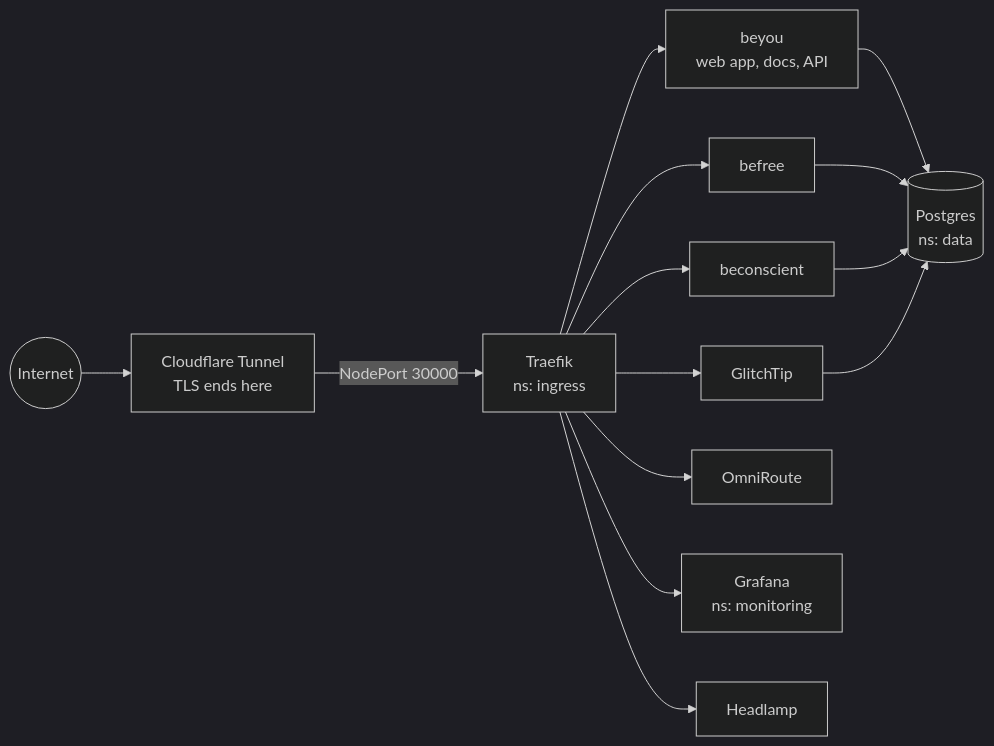
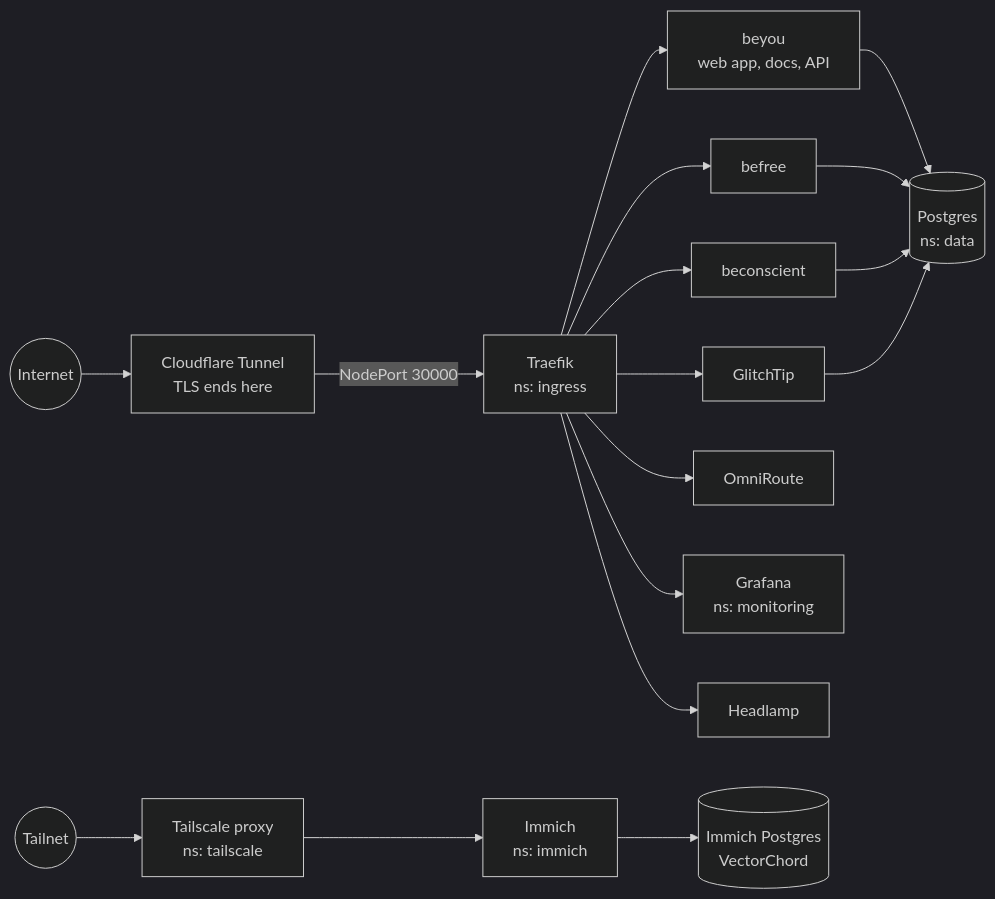
Before and after one commit to AndDev741/be-infra: the diagram in README.md, drawn with Mermaid (dark theme). The commit also changed other lines of this file and 17 other files, not shown here.

First line of the commit message:
Add Immich behind the Tailscale operator

````diff
--- a/README.md
+++ b/README.md
@@ -23,16 +23,19 @@
 ```mermaid
 flowchart LR
     internet((Internet)) --> cf["Cloudflare Tunnel<br/>TLS ends here"]
     cf -- "NodePort 30000" --> traefik["Traefik<br/>ns: ingress"]
     traefik --> beyou["beyou<br/>web app, docs, API"]
     traefik --> befree[befree]
     traefik --> beconscient[beconscient]
     traefik --> glitchtip[GlitchTip]
     traefik --> omniroute[OmniRoute]
     traefik --> grafana["Grafana<br/>ns: monitoring"]
     traefik --> headlamp[Headlamp]
     beyou --> pg[("Postgres<br/>ns: data")]
     befree --> pg
     beconscient --> pg
     glitchtip --> pg
+    tailnet((Tailnet)) --> tsproxy["Tailscale proxy<br/>ns: tailscale"]
+    tsproxy --> immich["Immich<br/>ns: immich"]
+    immich --> ipg[("Immich Postgres<br/>VectorChord")]
 ```
````
